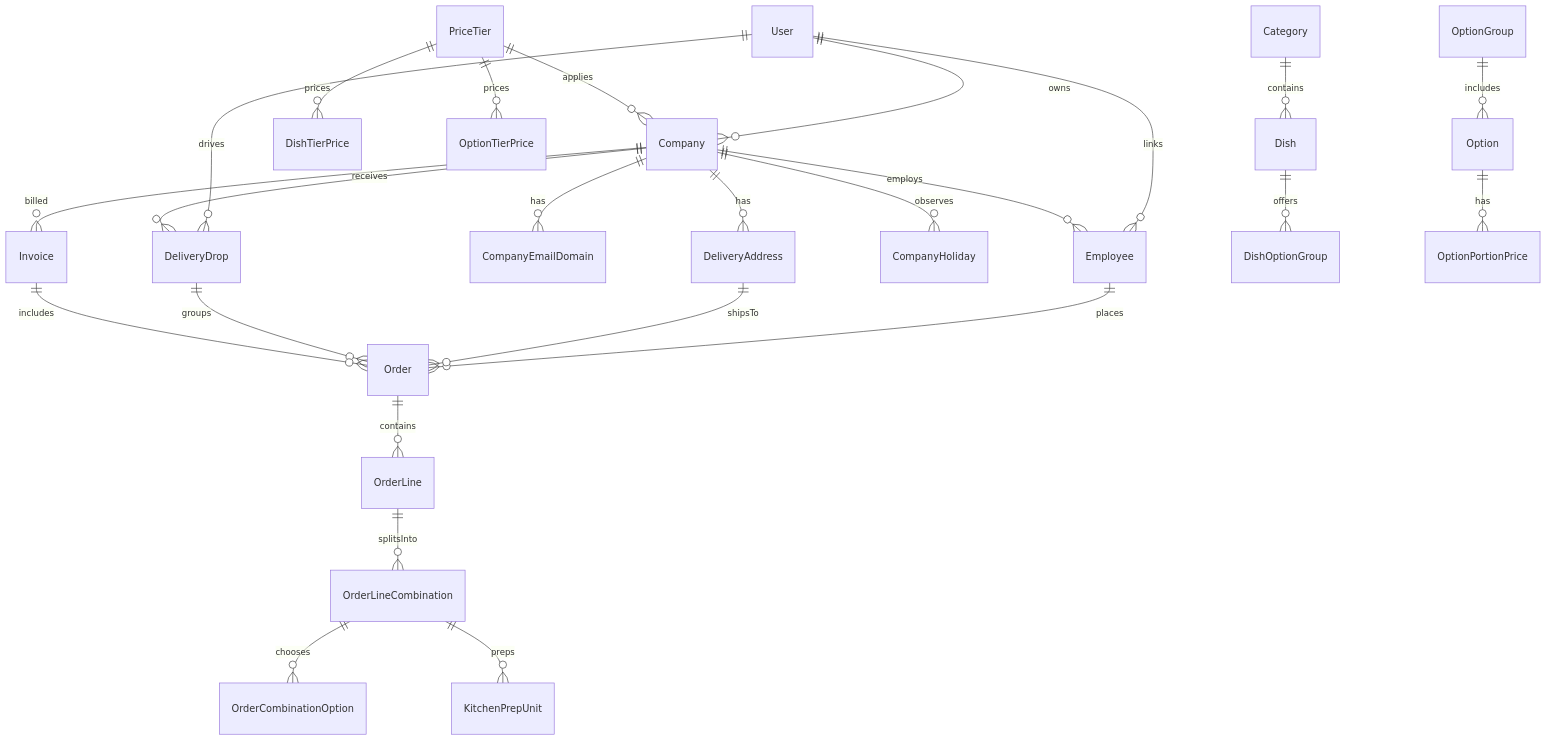
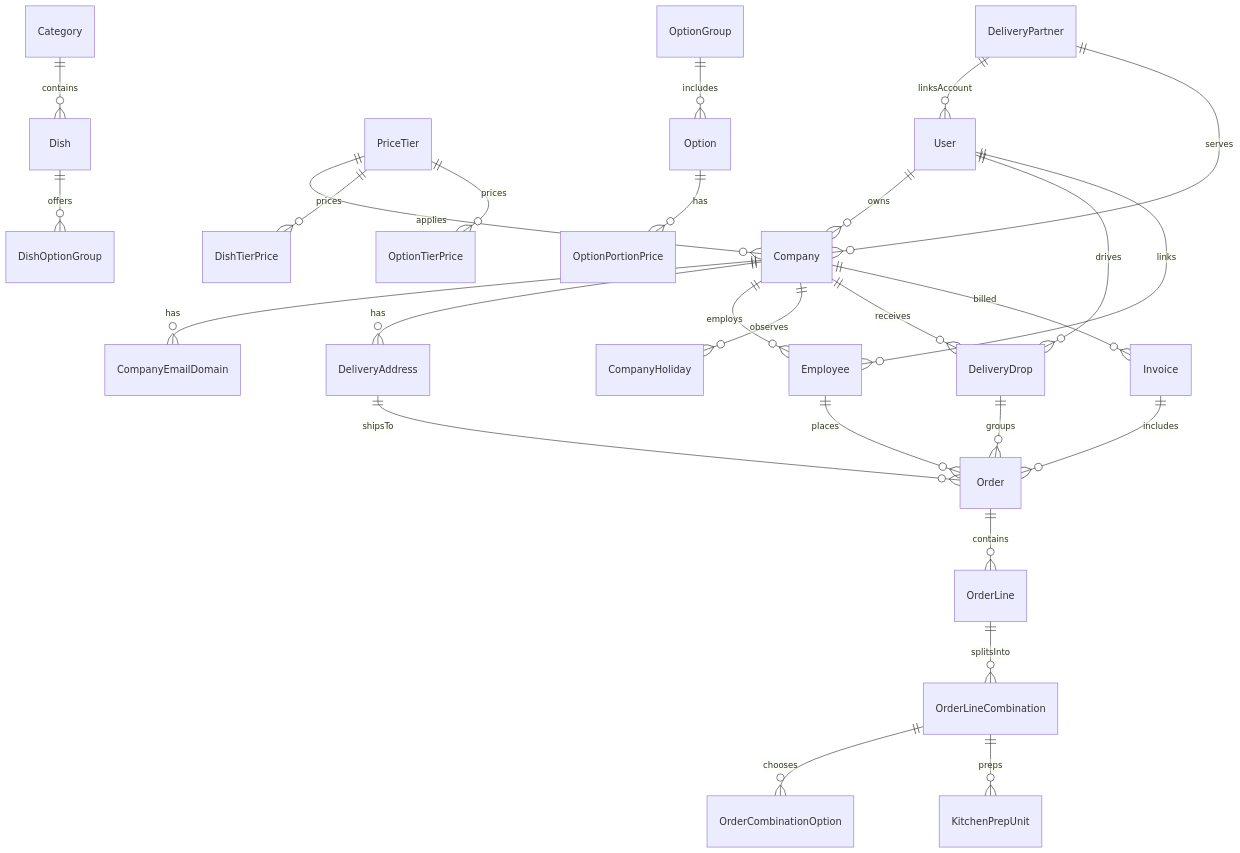
The diagram in README.md (neel040205-np/fernleaf-kitchen-ops), drawn with Mermaid before and after one commit. The commit also changed other lines of this file, not shown here.

Commit message:
docs: update README with detailed architecture, dashboard definitions, and prioritisation analysis per PDF spec

````diff
--- a/README.md
+++ b/README.md
@@ -67,27 +72,29 @@
 ```mermaid
 erDiagram
     User ||--o{ Company : owns
     User ||--o{ DeliveryDrop : drives
     User ||--o{ Employee : links
     Company ||--o{ CompanyEmailDomain : has
     Company ||--o{ DeliveryAddress : has
     Company ||--o{ Employee : employs
     Company ||--o{ CompanyHoliday : observes
     Company ||--o{ DeliveryDrop : receives
     Company ||--o{ Invoice : billed
     PriceTier ||--o{ Company : applies
     PriceTier ||--o{ DishTierPrice : prices
     PriceTier ||--o{ OptionTierPrice : prices
     Category ||--o{ Dish : contains
     Dish ||--o{ DishOptionGroup : offers
     OptionGroup ||--o{ Option : includes
     Option ||--o{ OptionPortionPrice : has
     Employee ||--o{ Order : places
     DeliveryAddress ||--o{ Order : shipsTo
     Order ||--o{ OrderLine : contains
     OrderLine ||--o{ OrderLineCombination : splitsInto
     OrderLineCombination ||--o{ OrderCombinationOption : chooses
     OrderLineCombination ||--o{ KitchenPrepUnit : preps
     DeliveryDrop ||--o{ Order : groups
     Invoice ||--o{ Order : includes
+    DeliveryPartner ||--o{ User : linksAccount
+    DeliveryPartner ||--o{ Company : serves
 ```
````
